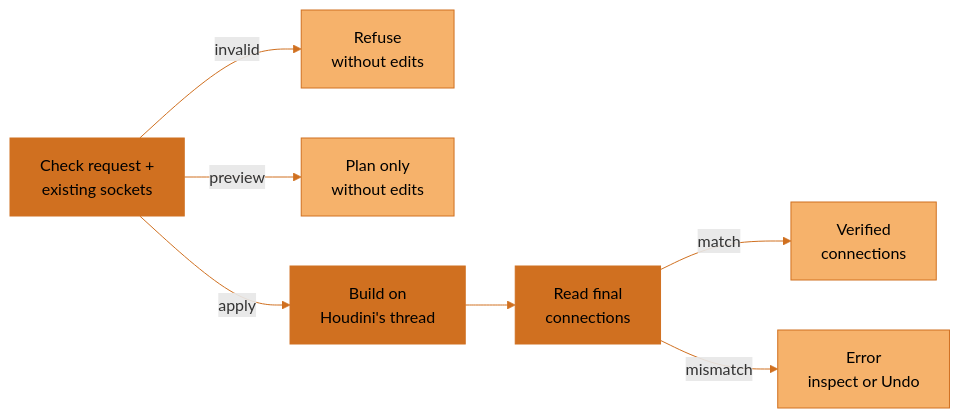
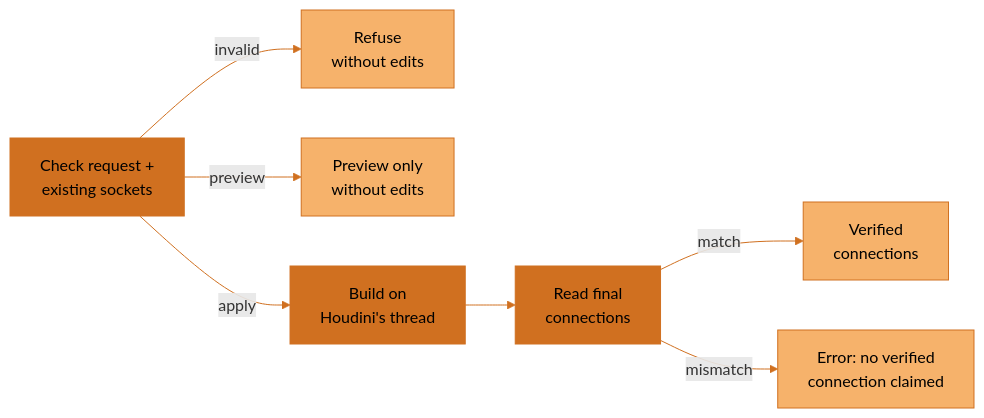
One commit to JosephOIbrahim/Synapse changed the second of 4 diagrams in README.md. Above: the diagram before and after it, drawn with Mermaid. The commit also changed other lines of this file and 10 other files, not shown here.

````diff
--- a/README.md
+++ b/README.md
@@ -82,17 +126,17 @@
 ```mermaid
 flowchart LR
     accTitle: A Solaris graph request is checked before it changes the scene
-    accDescr: Check the request and existing sockets. An invalid request is refused without an edit. Preview returns a plan without an edit. Apply builds on Houdini's thread and reads the final connections. A mismatch reports an error, leaving partial work for the artist to inspect or undo; a match returns verified connections.
+    accDescr: Check the request and the existing sockets. An invalid request is refused without an edit. A preview returns the plan without an edit. Apply builds on Houdini's thread and reads the final connections. A match returns verified connections. A mismatch returns an error and claims no verified connection.
     C["Check request +<br/>existing sockets"] -->|"invalid"| N["Refuse<br/>without edits"]
-    C -->|"preview"| P["Plan only<br/>without edits"]
+    C -->|"preview"| P["Preview only<br/>without edits"]
     C -->|"apply"| A["Build on<br/>Houdini's thread"]
     A --> F["Read final<br/>connections"]
     F -->|"match"| V["Verified<br/>connections"]
-    F -->|"mismatch"| E["Error<br/>inspect or Undo"]
+    F -->|"mismatch"| E["Error: no verified<br/>connection claimed"]
     classDef default fill:#F6B26B,stroke:#D07020,color:#000000
     classDef artist fill:#F6B26B,stroke:#D07020,color:#000000
     classDef synapse fill:#D07020,stroke:#D07020,color:#000000
     class C,A,F synapse
     class N,P,V,E artist
     linkStyle default stroke:#D07020
 ```
````
